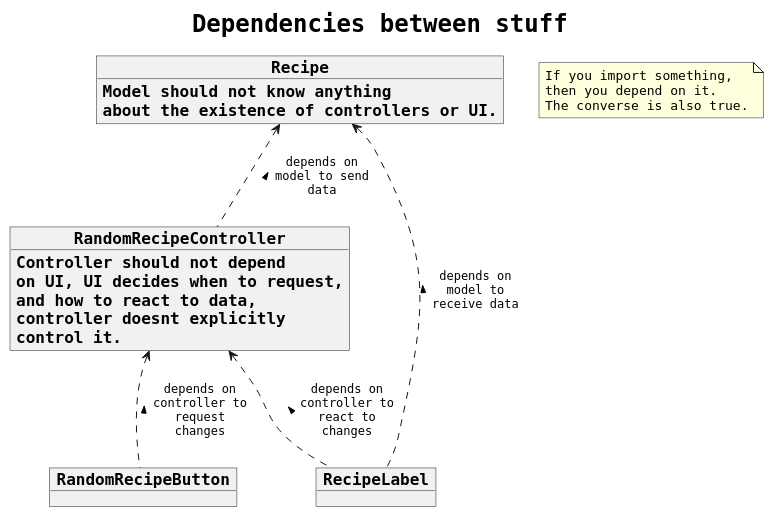
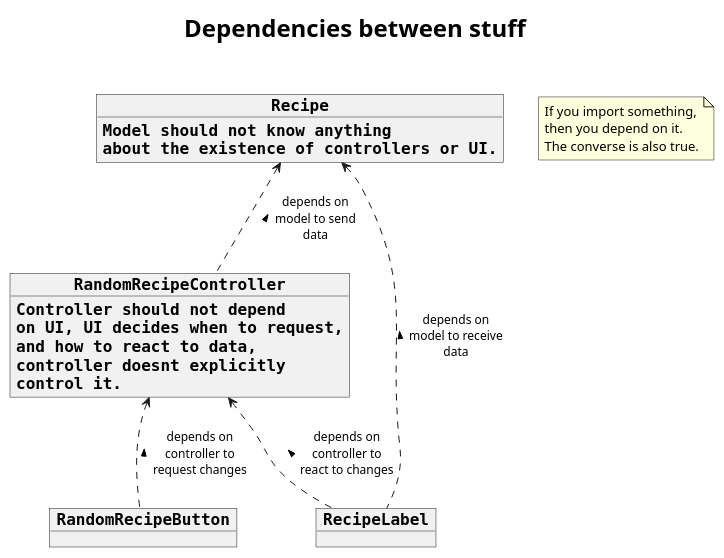
The diagram in lib/playground/example_mvc/uml_diagram.puml (cervonwong/mint), drawn with PlantUML before and after one commit. The commit also changed 1 other file, not shown here.

Commit message:
Adjust styling of diagrams for example MVC

```diff
--- a/lib/playground/example_mvc/uml_diagram.puml
+++ b/lib/playground/example_mvc/uml_diagram.puml
@@ -1,33 +1,32 @@
 @startuml
 
-title Dependencies between stuff
+title Dependencies between stuff\n
 
 skinparam maxMessageSize 100
-skinparam defaultFontName Monospaced
+skinparam objectFontName Monospaced
 skinparam objectFontSize 16
 skinparam objectFontStyle bold
 skinparam arrowFontSize 12
 skinparam titleFontSize 24
-skinparam titleFontStyle bold
 
 object RandomRecipeController {
     Controller should not depend\non UI, UI decides when to request,\nand how to react to data,\ncontroller doesnt explicitly\ncontrol it.
 }
 object RandomRecipeButton
 object RecipeLabel
 object Recipe {
     Model should not know anything\nabout the existence of controllers or UI.
 }
 
 RandomRecipeController <.. RandomRecipeButton : < depends on controller to request changes
 RandomRecipeController <.. RecipeLabel : < depends on controller to react to changes
 Recipe <.. RandomRecipeController : < depends on model to send data
 Recipe <.. RecipeLabel : < depends on model to receive data
 
 note as n
     If you import something,
     then you depend on it.
     The converse is also true.
 endnote
 
 @enduml
```
